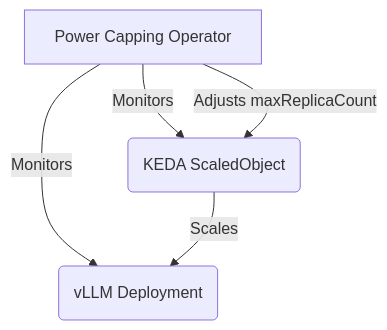
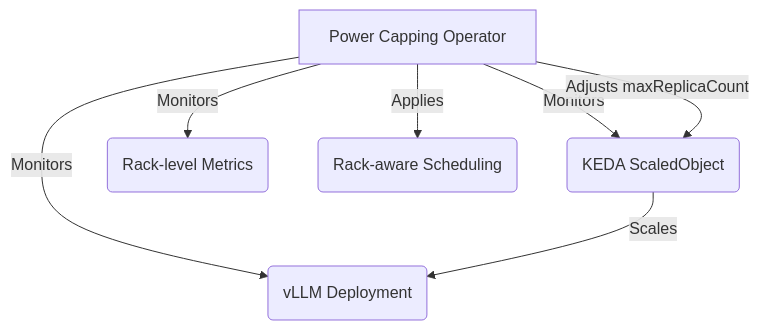
One commit to Climatik-Project/Climatik-Project changed the third of 11 diagrams in README.md. Above: the diagram before and after it, drawn with Mermaid. The commit also changed other lines of this file, not shown here.

Commit message:
update readme with rack aware algorithms

````diff
--- a/README.md
+++ b/README.md
@@ -263,7 +332,9 @@
 ```mermaid
 graph TD
 A[Power Capping Operator] -->|Monitors| B(vLLM Deployment)
 A -->|Monitors| C(KEDA ScaledObject)
+A -->|Monitors| D(Rack-level Metrics)
 A -->|Adjusts maxReplicaCount| C
+A -->|Applies| E(Rack-aware Scheduling)
 C -->|Scales| B
 ```
````
